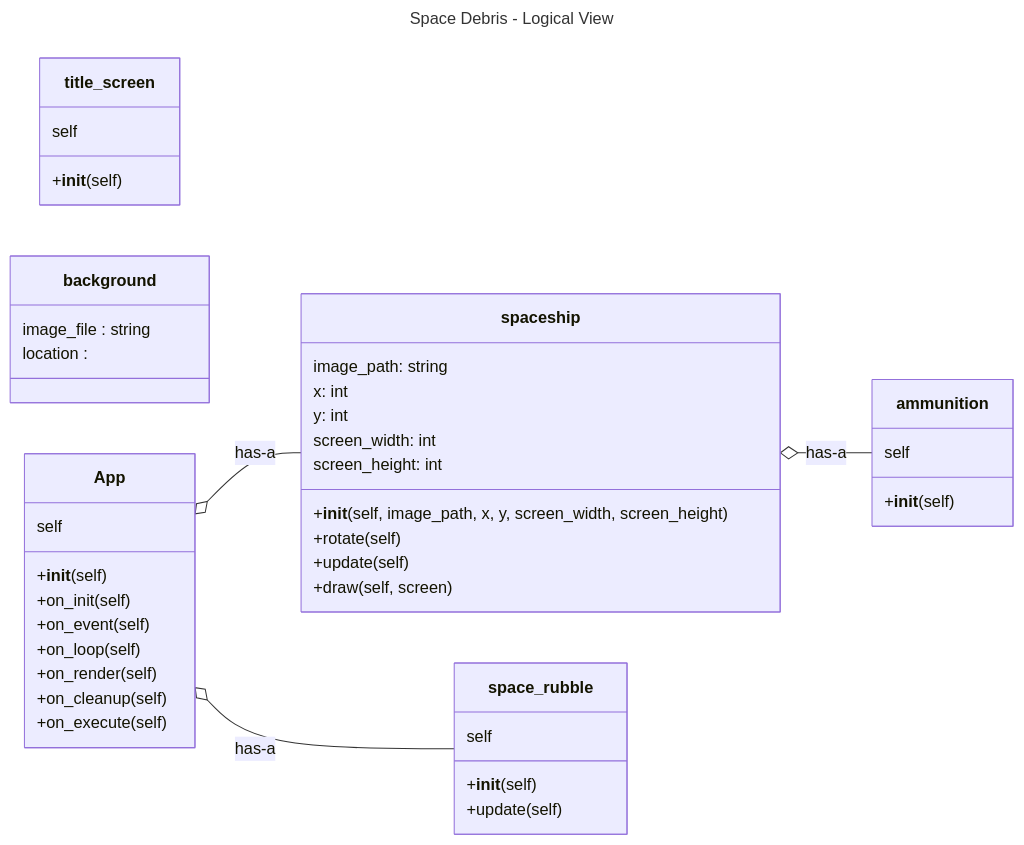
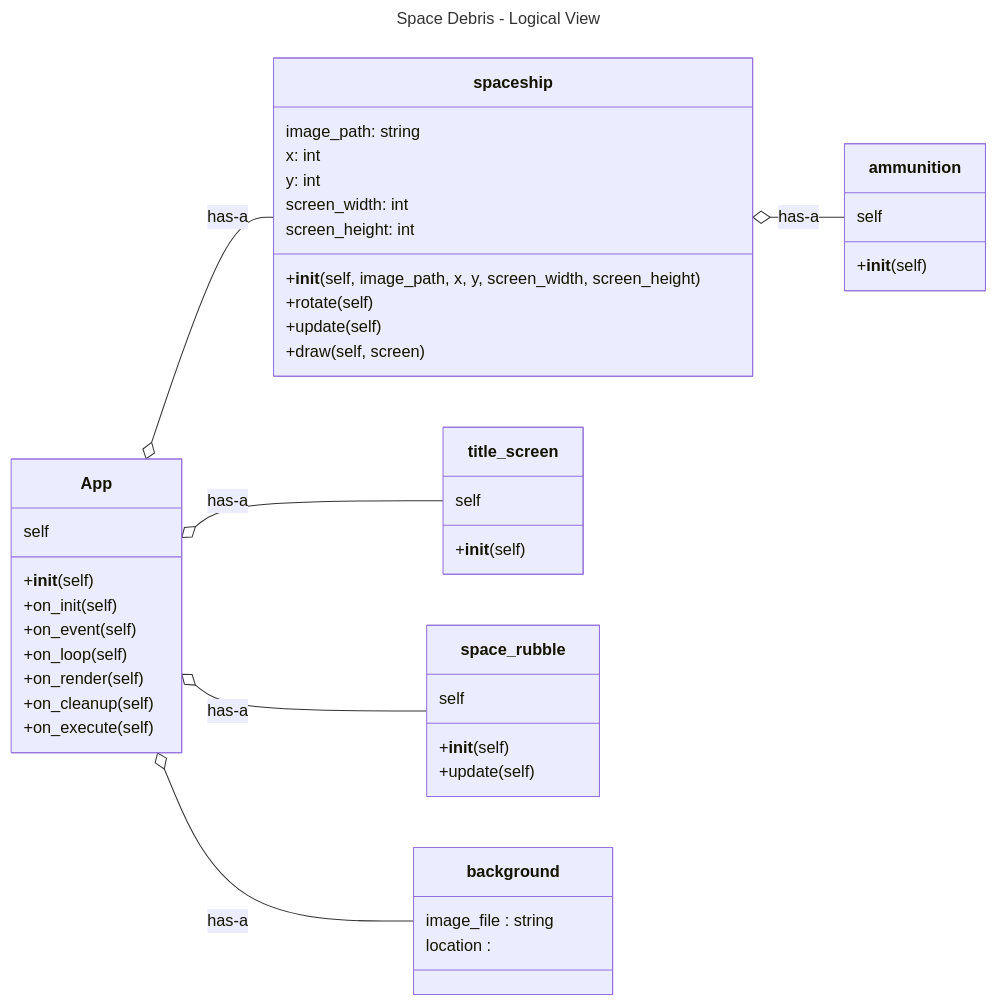
The diagram in README.md (mmehta2669/Final_Project_Group_2), drawn with Mermaid before and after one commit.

````diff
--- a/README.md
+++ b/README.md
@@ -14,55 +14,57 @@
 ```mermaid
 ---
 title: Space Debris - Logical View
 ---
 classDiagram 
  direction LR
  class spaceship {
   image_path: string
   x: int
   y: int
   screen_width: int
   screen_height: int 
   +__init__(self, image_path, x, y, screen_width, screen_height)
   +rotate(self)
   +update(self)
   +draw(self, screen)
 }
 
  class title_screen {
   self
   +__init__(self)
 }
 
  class space_rubble {
   self
   +__init__(self)
   +update(self)
 }
 
 
  class background {
   image_file : string
   location : 
 }
 
  class ammunition {
   self
   +__init__(self)
 }
 
  class App {
   self
   +__init__(self)
   +on_init(self)
   +on_event(self)
   +on_loop(self)
   +on_render(self)
   +on_cleanup(self)
   +on_execute(self)
 }
 
  App o-- spaceship : has-a
  App o-- space_rubble : has-a
+ App o-- title_screen : has-a
+ App o-- background : has-a
  spaceship o-- ammunition : has-a
 ```
````
